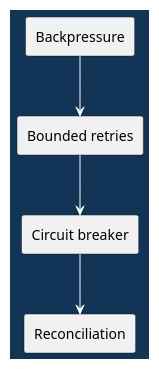
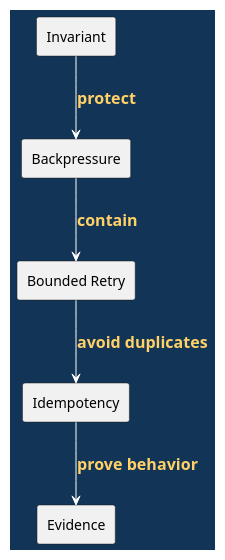
The fifth of 7 diagrams in doc/lectures/week12/observability_stress/README.slides.adoc (madajaju/CS5254), drawn with PlantUML before and after one commit. The commit also changed other lines of this file and 47 other files, not shown here.

```diff
--- a/doc/lectures/week12/observability_stress/README.slides.adoc
+++ b/doc/lectures/week12/observability_stress/README.slides.adoc
@@ -122,24 +131,29 @@
 [plantuml,width=100%]
 ----
 @startuml
 skinparam shadowing false
 skinparam backgroundColor #123456
 skinparam defaultFontColor black
 skinparam ArrowColor white
 skinparam ArrowFontColor #ffd166
 skinparam ArrowFontStyle bold
 skinparam ArrowFontSize 16
-skinparam object {
-  BackgroundColor white
-  BorderColor #123456
-  FontColor black
-}
-rectangle "Backpressure" as B1
-rectangle "Bounded retries" as B2
-rectangle "Circuit breaker" as B3
-rectangle "Reconciliation" as B4
-B1 --> B2
-B2 --> B3
-B3 --> B4
+skinparam BoxBackgroundColor white
+skinparam BoxFontColor black
+skinparam BoxBorderColor #123456
+skinparam ParticipantBorderColor #123456
+skinparam ParticipantBackgroundColor white
+skinparam ParticipantFontColor black
+skinparam LifeLineBorderColor white
+skinparam LifeLineBackgroundColor white
+rectangle "Invariant" as I
+rectangle "Backpressure" as B
+rectangle "Bounded Retry" as R
+rectangle "Idempotency" as I2
+rectangle "Evidence" as E
+I --> B : protect
+B --> R : contain
+R --> I2 : avoid duplicates
+I2 --> E : prove behavior
 @enduml
 ----
```
